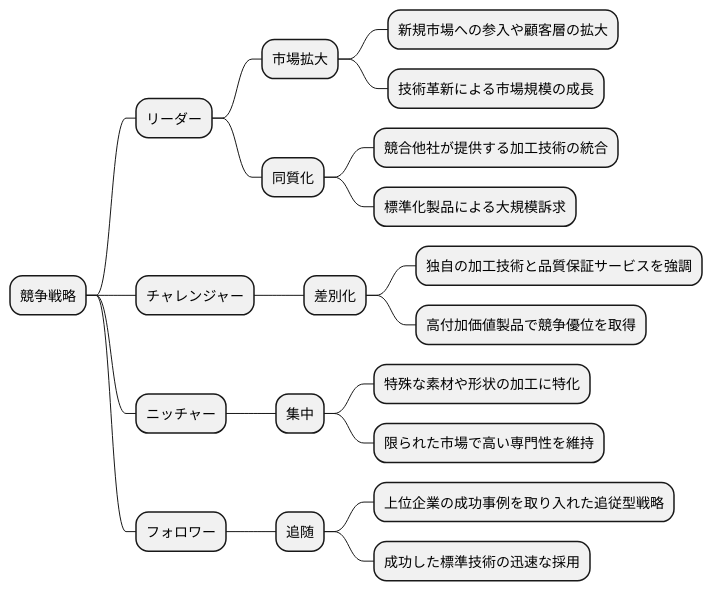
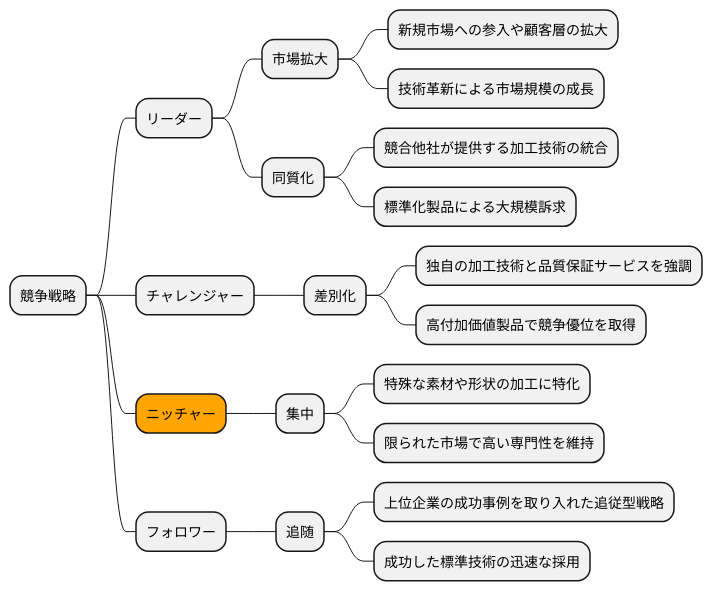
The ninth of 16 diagrams in docs/case/r01_case_3.adoc (k2works/case-sutudy-business-analysis), drawn with PlantUML before and after one commit. The commit also changed other lines of this file, not shown here.

```diff
--- a/docs/case/r01_case_3.adoc
+++ b/docs/case/r01_case_3.adoc
@@ -306,27 +340,27 @@
 [plantuml]
 ----
 @startmindmap
 
 * 競争戦略
 ** リーダー
 *** 市場拡大
 **** 新規市場への参入や顧客層の拡大
 **** 技術革新による市場規模の成長
 *** 同質化
 **** 競合他社が提供する加工技術の統合
 **** 標準化製品による大規模訴求
 ** チャレンジャー
 *** 差別化
 **** 独自の加工技術と品質保証サービスを強調
 **** 高付加価値製品で競争優位を取得
-** ニッチャー
+**[#orange] ニッチャー
 *** 集中
 **** 特殊な素材や形状の加工に特化
 **** 限られた市場で高い専門性を維持
 ** フォロワー
 *** 追随
 **** 上位企業の成功事例を取り入れた追従型戦略
 **** 成功した標準技術の迅速な採用
 
 @endmindmapp
 ----
```
